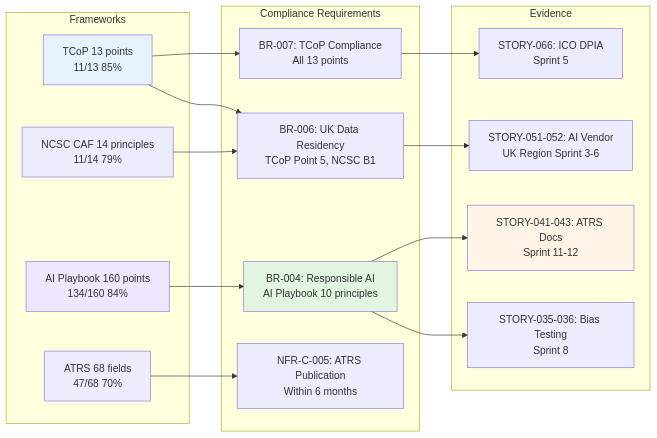
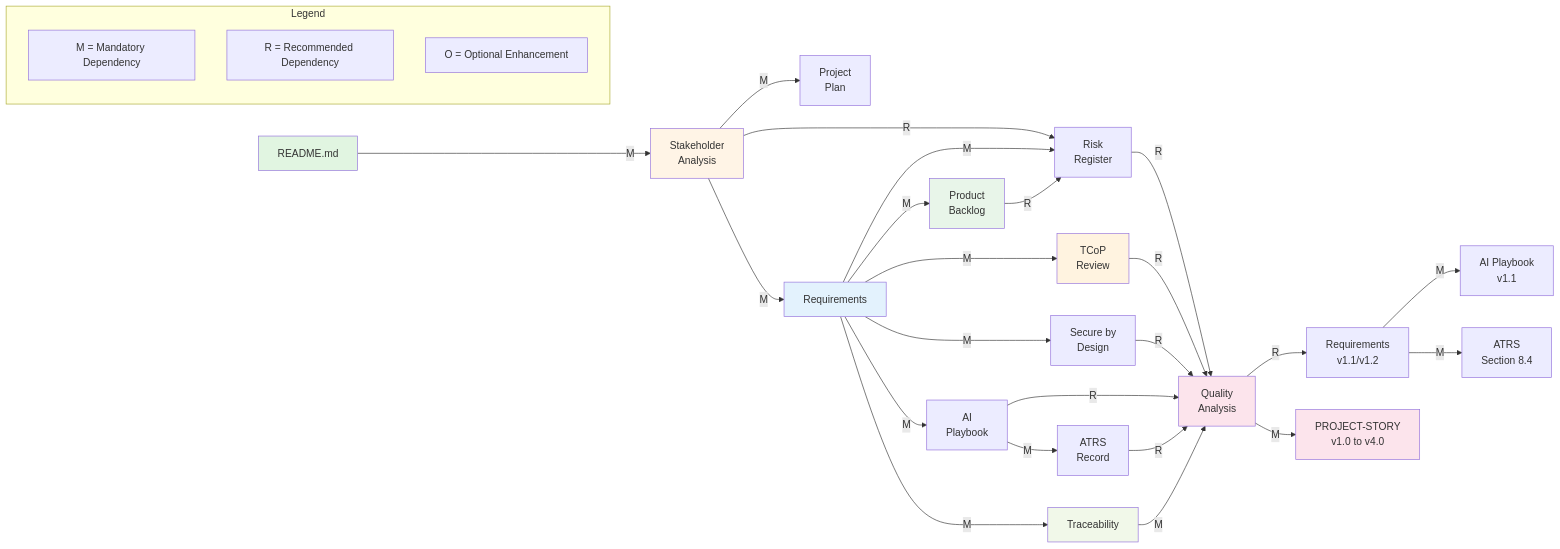
One commit to tractorjuice/arckit-test-project-v8-cabinet-office-genai changed the tenth of 10 diagrams in projects/001-cabinet-office-genai/PROJECT-STORY.md. Above: the diagram before and after it, drawn with Mermaid. The commit also changed other lines of this file, not shown here.

First line of the commit message:
feat: PROJECT-STORY.md v4.0 - comprehensive project narrative with timeline analysis

````diff
--- a/projects/001-cabinet-office-genai/PROJECT-STORY.md
+++ b/projects/001-cabinet-office-genai/PROJECT-STORY.md
@@ -550,39 +1293,49 @@
 ```mermaid
-graph LR
-    subgraph Frameworks
-        TCOP[TCoP 13 points<br/>11/13 85%]
-        NCSC[NCSC CAF 14 principles<br/>11/14 79%]
-        AIPB[AI Playbook 160 points<br/>134/160 84%]
-        ATRS[ATRS 68 fields<br/>47/68 70%]
+flowchart LR
+    subgraph Legend
+        M[M = Mandatory Dependency]
+        R[R = Recommended Dependency]
+        O[O = Optional Enhancement]
     end
 
-    subgraph Compliance Requirements
-        BR6[BR-006: UK Data Residency<br/>TCoP Point 5, NCSC B1]
-        BR7[BR-007: TCoP Compliance<br/>All 13 points]
-        BR4[BR-004: Responsible AI<br/>AI Playbook 10 principles]
-        NFR_C5[NFR-C-005: ATRS Publication<br/>Within 6 months]
-    end
+    README[README.md] -->|M| Stakeholders[Stakeholder<br/>Analysis]
 
-    subgraph Evidence
-        E1[STORY-066: ICO DPIA<br/>Sprint 5]
-        E2[STORY-041-043: ATRS Docs<br/>Sprint 11-12]
-        E3[STORY-035-036: Bias Testing<br/>Sprint 8]
-        E4[STORY-051-052: AI Vendor<br/>UK Region Sprint 3-6]
-    end
+    Stakeholders -->|M| Plan[Project<br/>Plan]
+    Stakeholders -->|M| Requirements[Requirements]
+    Stakeholders -->|R| Risk[Risk<br/>Register]
 
-    TCOP --> BR7
-    TCOP --> BR6
-    NCSC --> BR6
-    AIPB --> BR4
-    ATRS --> NFR_C5
+    Requirements -->|M| Backlog[Product<br/>Backlog]
+    Requirements -->|M| Risk
+    Requirements -->|M| TCoP[TCoP<br/>Review]
+    Requirements -->|M| Secure[Secure by<br/>Design]
+    Requirements -->|M| AIPlaybook[AI<br/>Playbook]
+    Requirements -->|M| Trace[Traceability]
 
-    BR7 --> E1
-    BR4 --> E2
-    BR4 --> E3
-    BR6 --> E4
+    Backlog -->|R| Risk
 
-    style TCOP fill:#e6f3ff
-    style AIPB fill:#f0e6ff
-    style BR4 fill:#e1f5e1
-    style E2 fill:#fff4e6
+    Risk -->|R| Analysis[Quality<br/>Analysis]
+
+    TCoP -->|R| Analysis
+    Secure -->|R| Analysis
+    AIPlaybook -->|M| ATRS[ATRS<br/>Record]
+    AIPlaybook -->|R| Analysis
+    ATRS -->|R| Analysis
+
+    Trace -->|M| Analysis
+
+    Analysis -->|R| Enhancements[Requirements<br/>v1.1/v1.2]
+
+    Enhancements -->|M| AIPlaybookV11[AI Playbook<br/>v1.1]
+    Enhancements -->|M| ATRSUpd[ATRS<br/>Section 8.4]
+
+    Analysis -->|M| Story[PROJECT-STORY<br/>v1.0 to v4.0]
+
+    style README fill:#e1f5e1
+    style Stakeholders fill:#fff4e6
+    style Requirements fill:#e3f2fd
+    style Backlog fill:#e8f5e9
+    style TCoP fill:#fff3e0
+    style Trace fill:#f1f8e9
+    style Analysis fill:#fce4ec
+    style Story fill:#fce4ec
 ```
````
